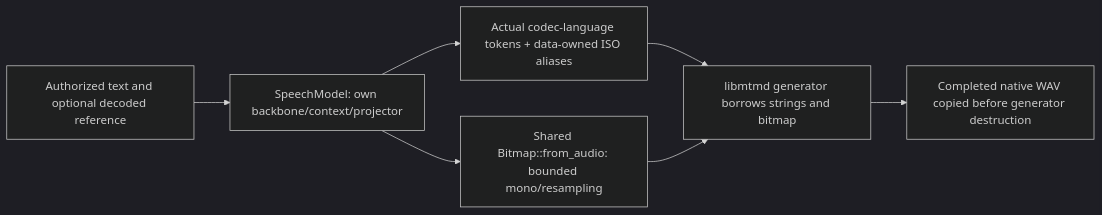
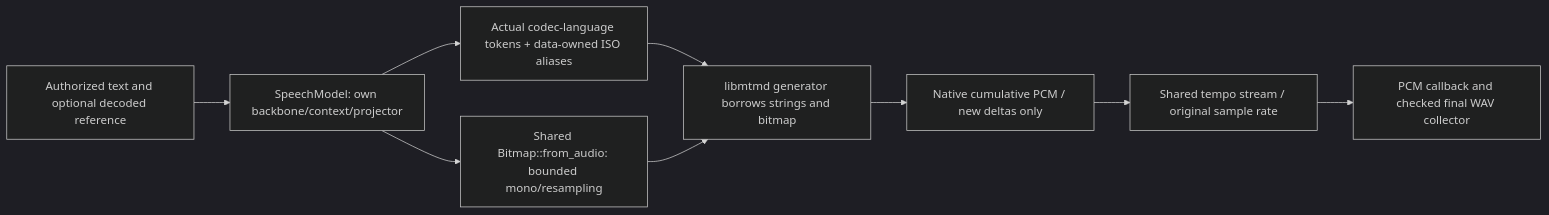
The second of 3 diagrams in engine/llama/README.md (cluaiz/cluaiz), drawn with Mermaid (dark theme) before and after one commit. The commit also changed other lines of this file and 6 other files, not shown here.

First line of the commit message:
feat(speech): stream native GGUF PCM with tempo and cancellation

````diff
--- a/engine/llama/README.md
+++ b/engine/llama/README.md
@@ -48,9 +48,11 @@
 ```mermaid
 graph LR
     API["Authorized text and optional decoded reference"] --> Speech["SpeechModel: own backbone/context/projector"]
     Speech --> Language["Actual codec-language tokens + data-owned ISO aliases"]
     Speech --> Bitmap["Shared Bitmap::from_audio: bounded mono/resampling"]
     Language --> Generator["libmtmd generator borrows strings and bitmap"]
     Bitmap --> Generator
-    Generator --> WAV["Completed native WAV copied before generator destruction"]
+    Generator --> PCM["Native cumulative PCM / new deltas only"]
+    PCM --> Tempo["Shared tempo stream / original sample rate"]
+    Tempo --> WAV["PCM callback and checked final WAV collector"]
 ```
````
